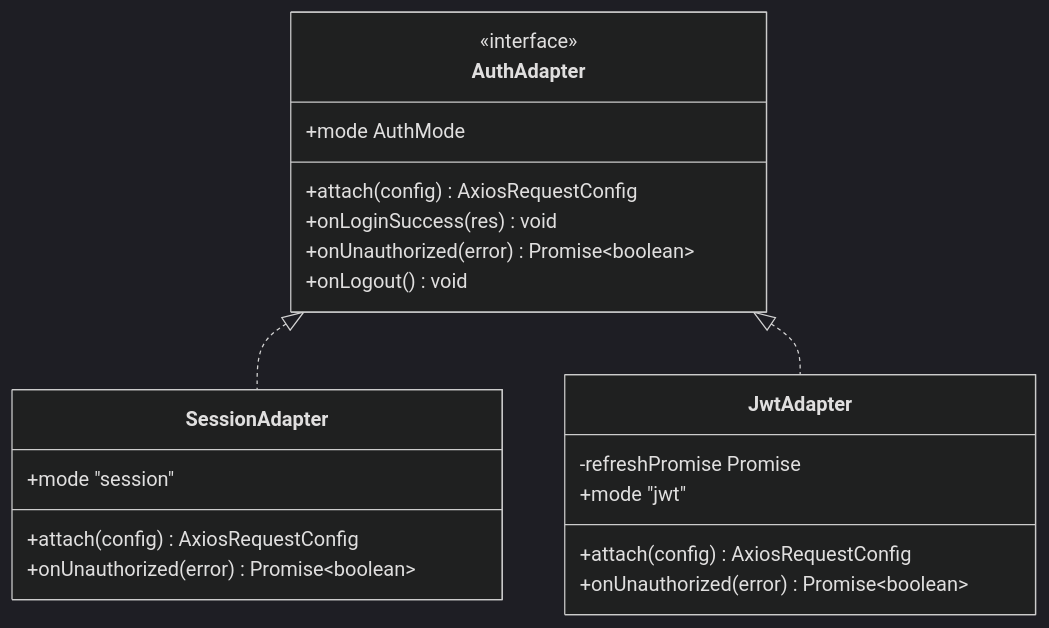
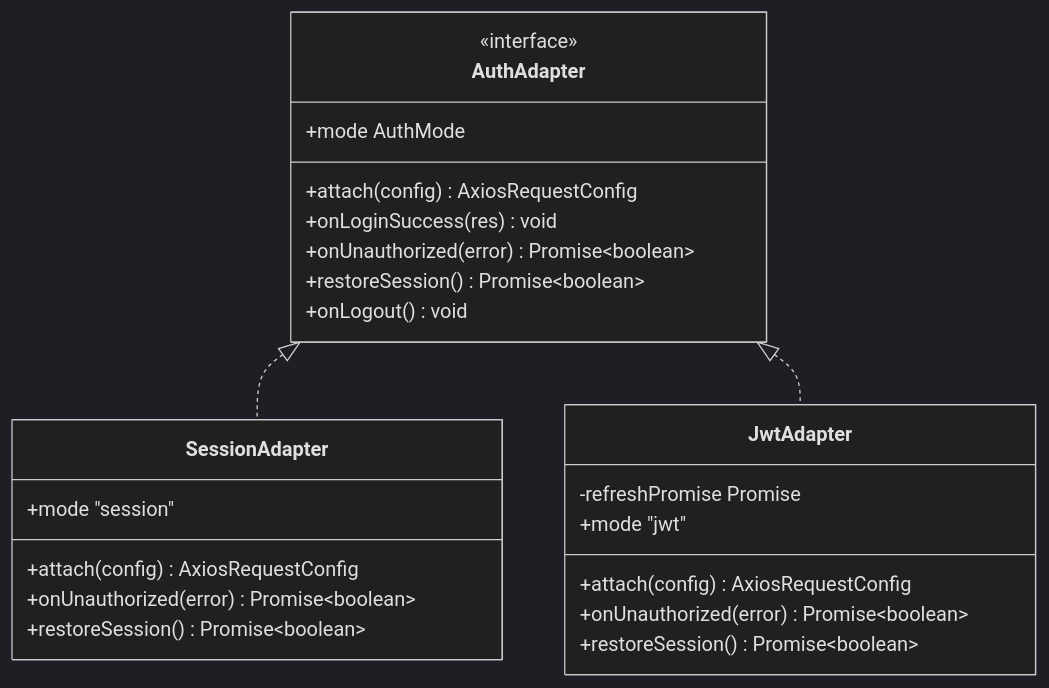
Before and after one commit to oikawa-d/task_management: the sixth of 8 diagrams in docs/basic_design/05_frontend.md, drawn with Mermaid (dark theme). The commit also changed other lines of this file and 17 other files, not shown here.

````diff
--- a/docs/basic_design/05_frontend.md
+++ b/docs/basic_design/05_frontend.md
@@ -306,24 +333,27 @@
 ```mermaid
 classDiagram
     class AuthAdapter {
         <<interface>>
         +mode AuthMode
         +attach(config) AxiosRequestConfig
         +onLoginSuccess(res) void
         +onUnauthorized(error) Promise~boolean~
+        +restoreSession() Promise~boolean~
         +onLogout() void
     }
     class SessionAdapter {
         +mode "session"
         +attach(config) AxiosRequestConfig
         +onUnauthorized(error) Promise~boolean~
+        +restoreSession() Promise~boolean~
     }
     class JwtAdapter {
         -refreshPromise Promise
         +mode "jwt"
         +attach(config) AxiosRequestConfig
         +onUnauthorized(error) Promise~boolean~
+        +restoreSession() Promise~boolean~
     }
     AuthAdapter <|.. SessionAdapter
     AuthAdapter <|.. JwtAdapter
 ```
````
